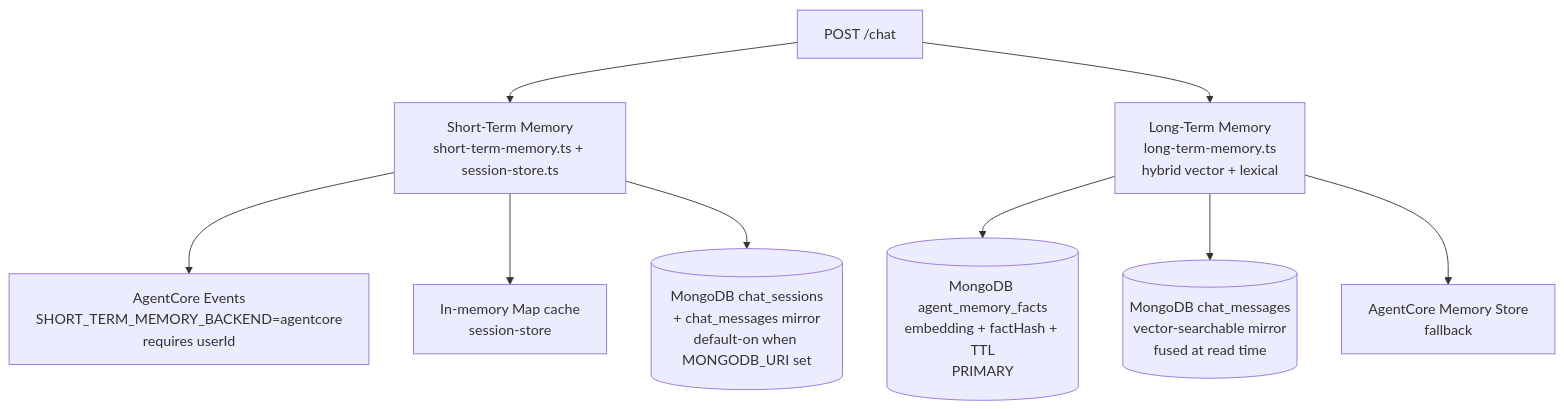
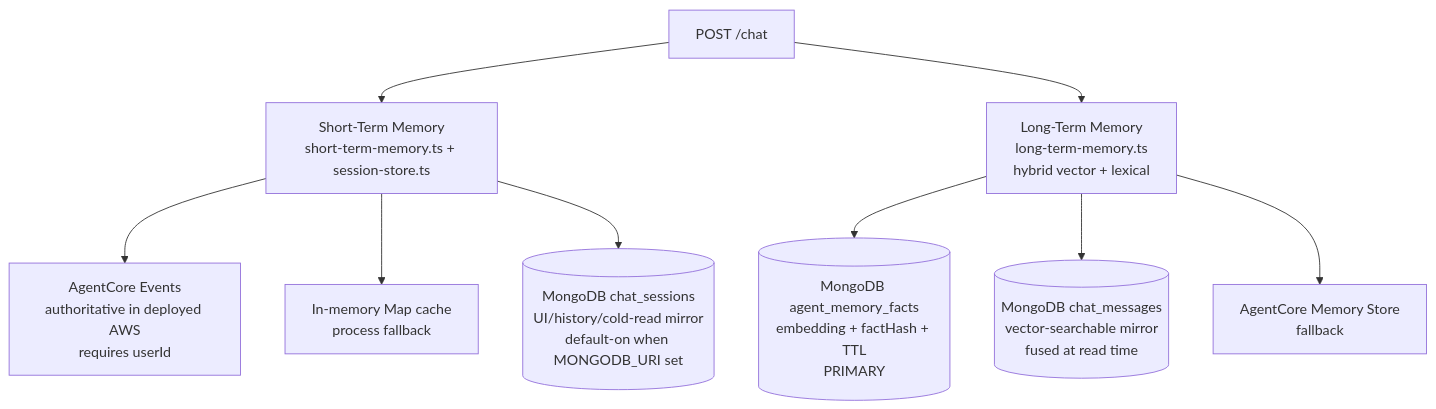
Before and after one commit to mongodb-partners/Multi-Agent-Architectural-Guidance-Bedrock-AgentCore: the diagram in docs/memory-architecture.md, drawn with Mermaid. The commit also changed other lines of this file and 81 other files, not shown here.

````diff
--- a/docs/memory-architecture.md
+++ b/docs/memory-architecture.md
@@ -7,11 +12,11 @@
 ```mermaid
 flowchart TB
   REQ[POST /chat] --> ST[Short-Term Memory<br/>short-term-memory.ts + session-store.ts]
   REQ --> LT[Long-Term Memory<br/>long-term-memory.ts<br/>hybrid vector + lexical]
-  ST --> STAC[AgentCore Events<br/>SHORT_TERM_MEMORY_BACKEND=agentcore<br/>requires userId]
-  ST --> STM[In-memory Map cache<br/>session-store]
-  ST --> STMG[("MongoDB chat_sessions<br/>+ chat_messages mirror<br/>default-on when MONGODB_URI set")]
+  ST --> STAC[AgentCore Events<br/>authoritative in deployed AWS<br/>requires userId]
+  ST --> STM[In-memory Map cache<br/>process fallback]
+  ST --> STMG[("MongoDB chat_sessions<br/>UI/history/cold-read mirror<br/>default-on when MONGODB_URI set")]
   LT --> LTMG[("MongoDB agent_memory_facts<br/>embedding + factHash + TTL<br/>PRIMARY")]
   LT --> LTCM[("MongoDB chat_messages<br/>vector-searchable mirror<br/>fused at read time")]
   LT --> LTAC[AgentCore Memory Store<br/>fallback]
 ```
````
